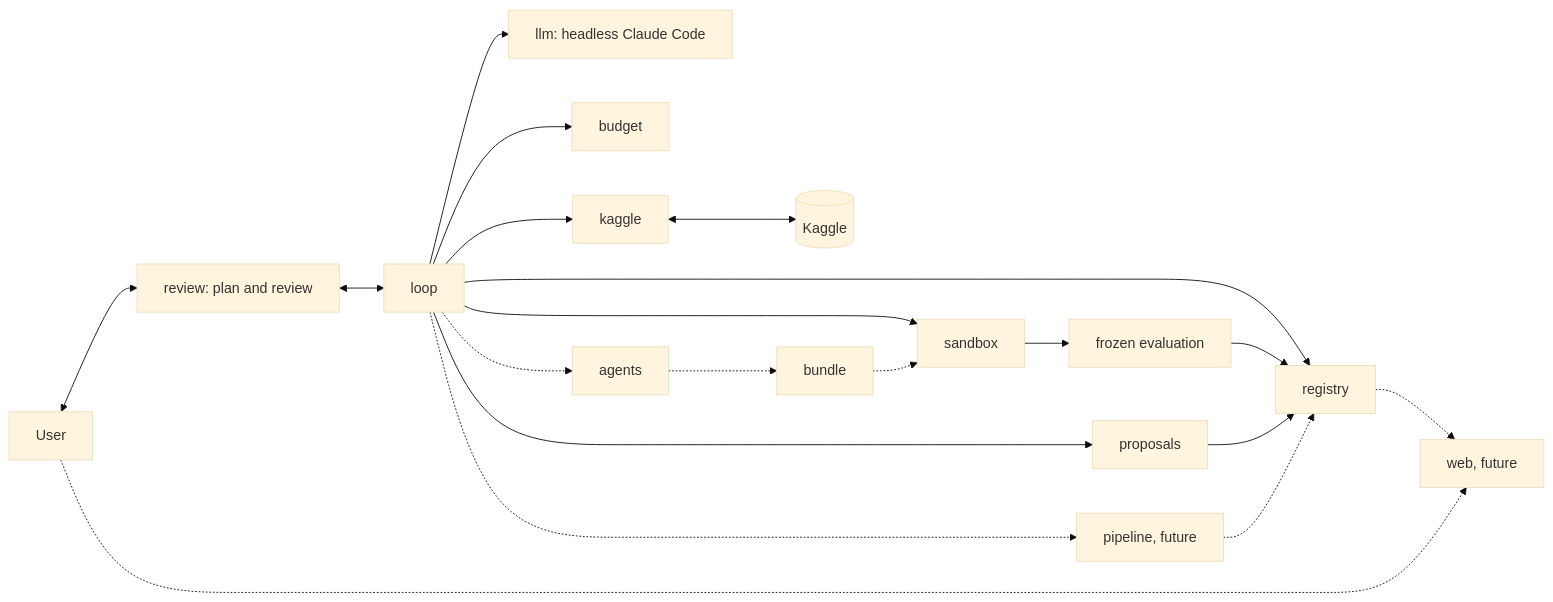
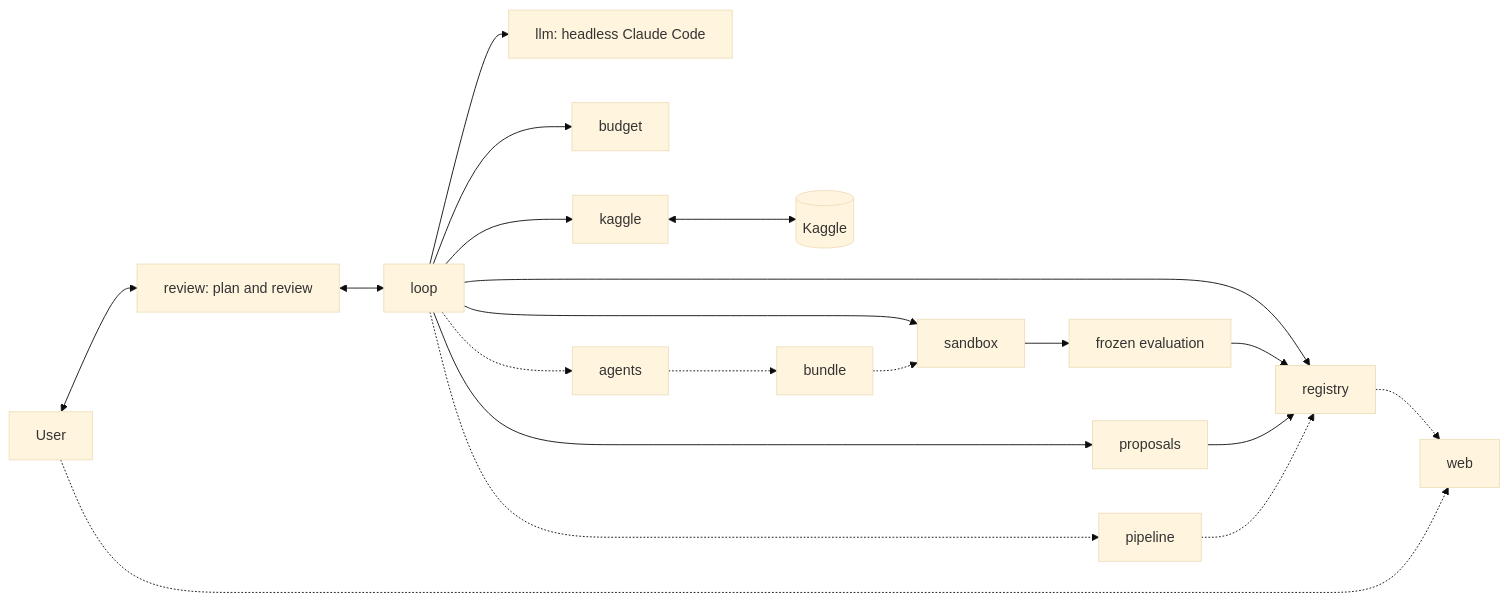
One commit to a-scaravelli/ds-agent changed the diagram in docs/design.md. Above: the diagram before and after it, drawn with Mermaid (base theme). The commit also changed other lines of this file and 10 other files, not shown here.

````diff
--- a/docs/design.md
+++ b/docs/design.md
@@ -405,22 +409,22 @@
 ```mermaid
 flowchart LR
     H[User] <--> R[review: plan and review]
     R <--> L[loop]
     L --> P[proposals]
     L --> LM[llm: headless Claude Code]
     L --> B[budget]
     L --> S[sandbox]
     S --> E[frozen evaluation]
     L --> G[registry]
     L --> K[kaggle]
     K <--> KG[(Kaggle)]
     E --> G
     P --> G
     L -.-> AG[agents]
     AG -.-> BU[bundle]
     BU -.-> S
-    L -.-> PL[pipeline, future]
-    G -.-> W[web, future]
+    L -.-> PL[pipeline]
+    G -.-> W[web]
     PL -.-> G
     H -.-> W
 ```
````
